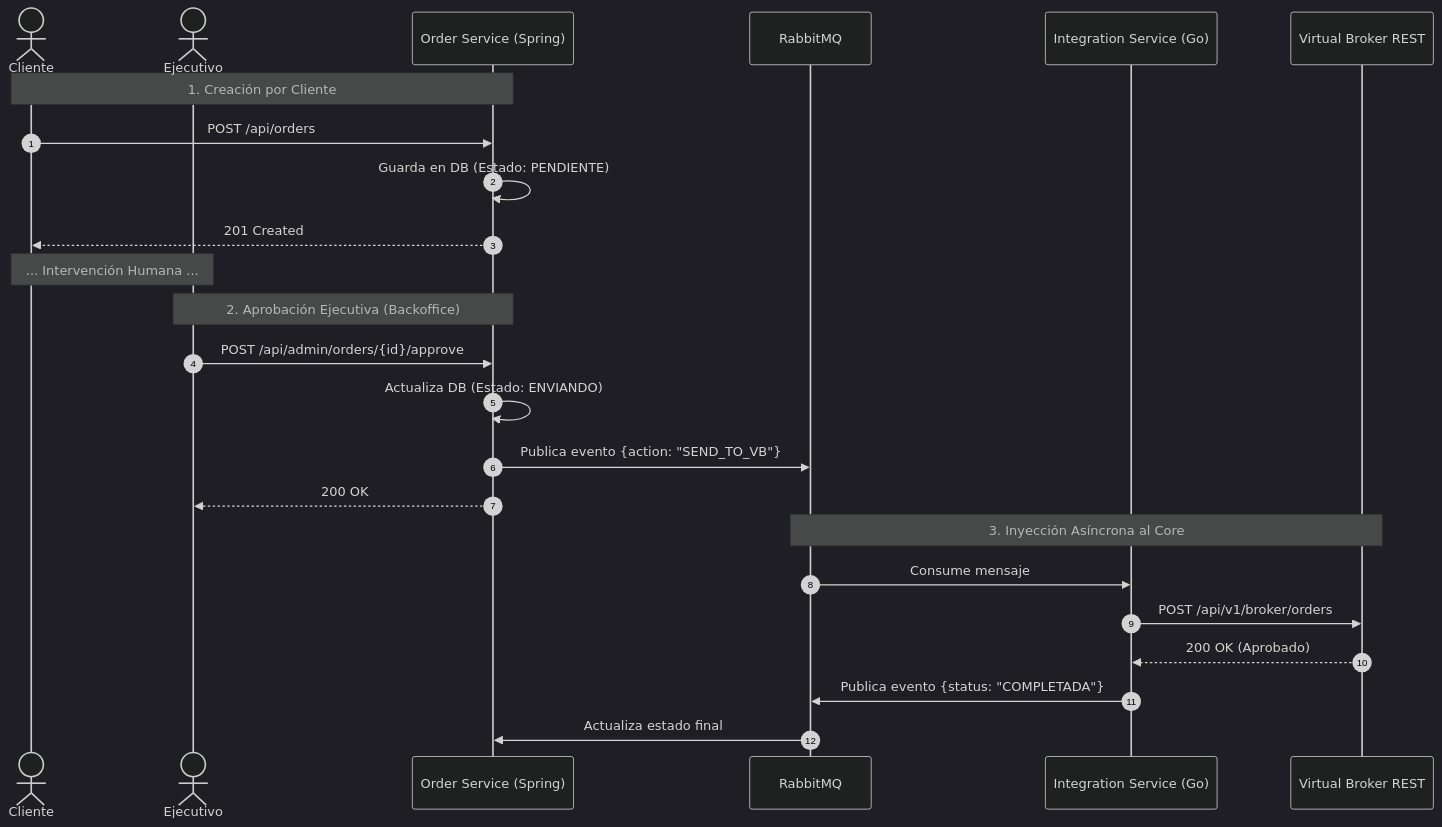
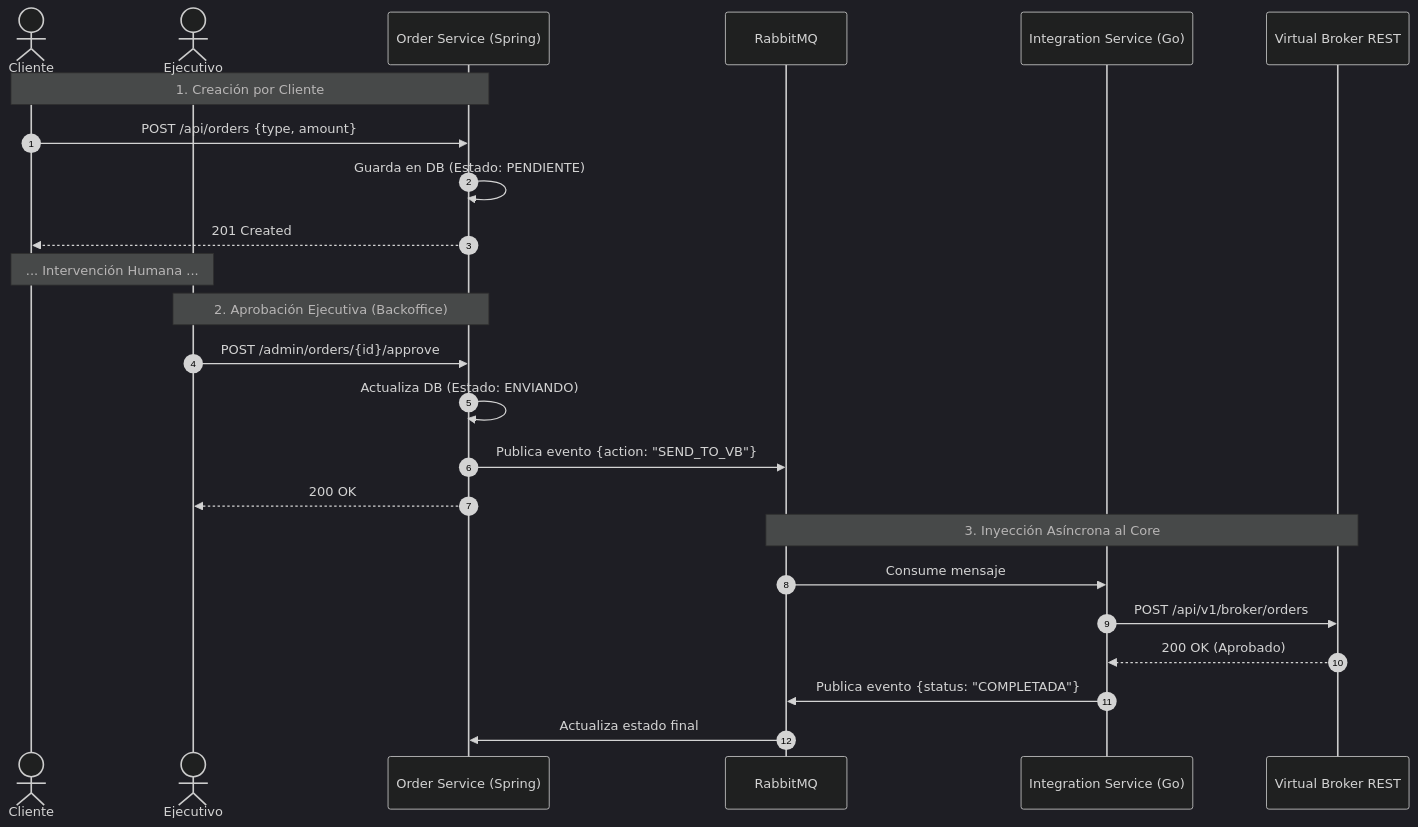
The fifth of 8 diagrams in SAD.md (damian3010/Ubibroker), drawn with Mermaid (dark theme) before and after one commit. The commit also changed other lines of this file, not shown here.

````diff
--- a/SAD.md
+++ b/SAD.md
@@ -106,30 +165,31 @@
 ```mermaid
 sequenceDiagram
     autonumber
     actor Cliente
     actor Ejecutivo
     participant Order as Order Service (Spring)
     participant MQ as RabbitMQ
     participant Go as Integration Service (Go)
     participant VB as Virtual Broker REST
 
     Note over Cliente, Order: 1. Creación por Cliente
-    Cliente->>Order: POST /api/orders
+    Cliente->>Order: POST /api/orders {type, amount}
     Order->>Order: Guarda en DB (Estado: PENDIENTE)
     Order-->>Cliente: 201 Created
 
     Note over Cliente, Ejecutivo: ... Intervención Humana ...
 
     Note over Ejecutivo, Order: 2. Aprobación Ejecutiva (Backoffice)
-    Ejecutivo->>Order: POST /api/admin/orders/{id}/approve
+    Ejecutivo->>Order: POST /admin/orders/{id}/approve
     Order->>Order: Actualiza DB (Estado: ENVIANDO)
     Order->>MQ: Publica evento {action: "SEND_TO_VB"}
     Order-->>Ejecutivo: 200 OK
 
     Note over MQ, VB: 3. Inyección Asíncrona al Core
     MQ->>Go: Consume mensaje
     Go->>VB: POST /api/v1/broker/orders
     VB-->>Go: 200 OK (Aprobado)
     Go->>MQ: Publica evento {status: "COMPLETADA"}
     MQ->>Order: Actualiza estado final
+
 ```
````
